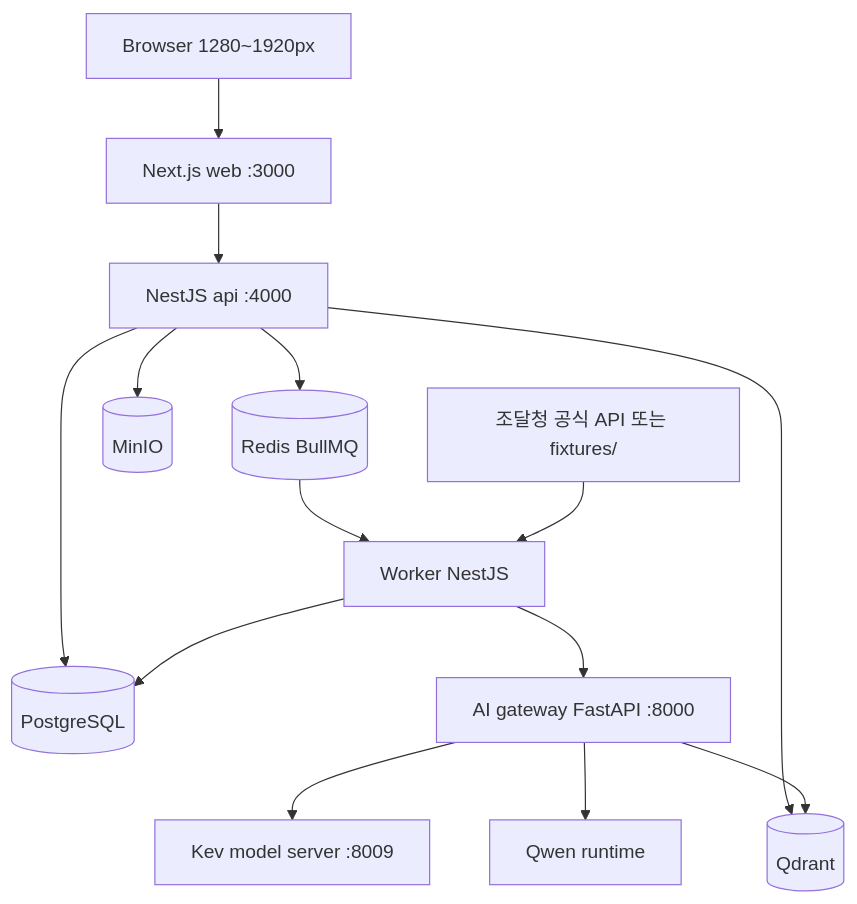
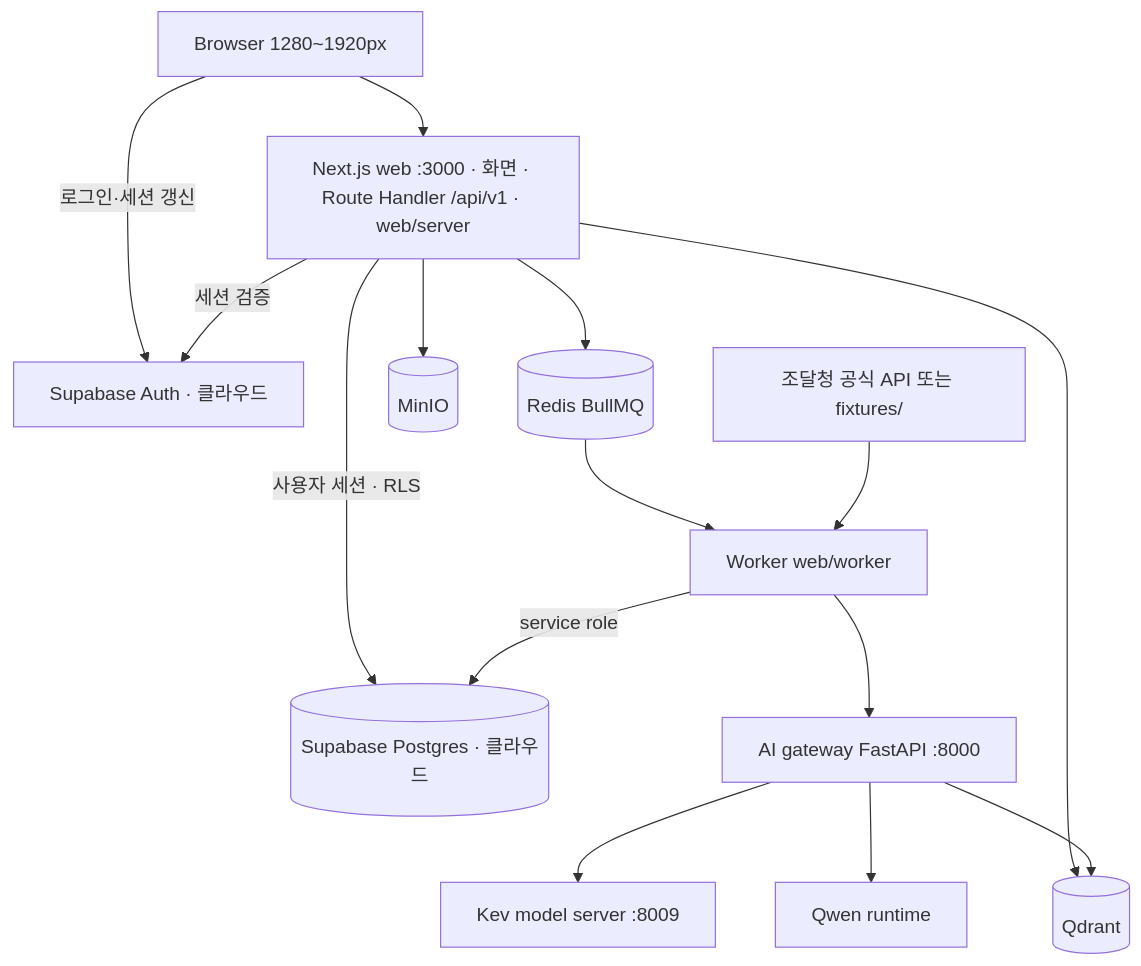
Before and after one commit to solideoai/sol-radar: the first of 3 diagrams in docs/02-ARCHITECTURE.md, drawn with Mermaid. The commit also changed other lines of this file and 26 other files, not shown here.

````diff
--- a/docs/02-ARCHITECTURE.md
+++ b/docs/02-ARCHITECTURE.md
@@ -32,16 +36,17 @@
 ```mermaid
 flowchart TB
- U[Browser 1280~1920px] --> N[Next.js web :3000]
- N --> API[NestJS api :4000]
- API --> PG[(PostgreSQL)]
- API --> R[(Redis BullMQ)]
- API --> MIN[(MinIO)]
- API --> QD[(Qdrant)]
- R --> WORK[Worker NestJS]
- WORK --> AI[AI gateway FastAPI :8000]
- AI --> KEV[Kev model server :8009]
- AI --> QW[Qwen runtime]
+ U["Browser 1280~1920px"] --> N["Next.js web :3000 · 화면 · Route Handler /api/v1 · web/server"]
+ U -- 로그인·세션 갱신 --> SA["Supabase Auth · 클라우드"]
+ N -- 세션 검증 --> SA
+ N -- 사용자 세션 · RLS --> PG[("Supabase Postgres · 클라우드")]
+ N --> R[("Redis BullMQ")]
+ N --> MIN[("MinIO")]
+ N --> QD[("Qdrant")]
+ R --> WORK["Worker web/worker"]
+ WORK --> AI["AI gateway FastAPI :8000"]
+ AI --> KEV["Kev model server :8009"]
+ AI --> QW["Qwen runtime"]
  AI --> QD
- WORK --> PG
- EXT[조달청 공식 API 또는 fixtures/] --> WORK
+ WORK -- service role --> PG
+ EXT["조달청 공식 API 또는 fixtures/"] --> WORK
 ```
````
